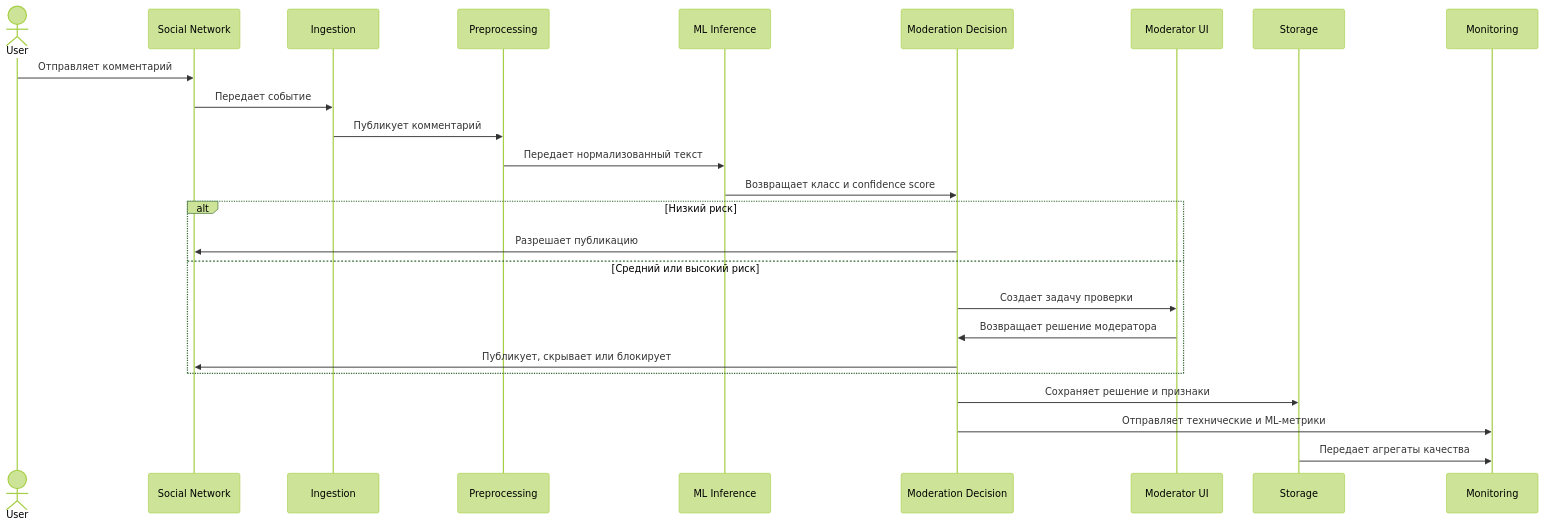
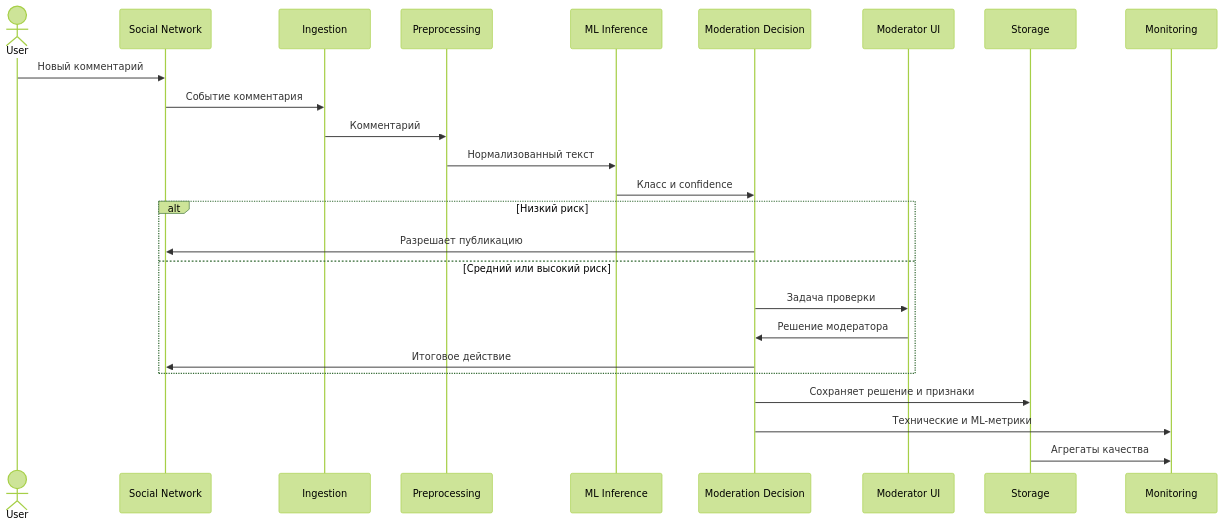
Before and after one commit to Alexander-Prel/priss: the diagram in diagrams/uml_sequence.md, drawn with Mermaid (forest theme). The commit also changed other lines of this file and 6 other files, not shown here.

Commit message:
Improve document flow and Mermaid diagrams

````diff
--- a/diagrams/uml_sequence.md
+++ b/diagrams/uml_sequence.md
@@ -5,28 +5,28 @@
 ```mermaid
 sequenceDiagram
     actor User
     participant SN as Social Network
     participant ING as Ingestion
     participant PRE as Preprocessing
     participant ML as ML Inference
     participant DEC as Moderation Decision
     participant UI as Moderator UI
     participant ST as Storage
     participant MON as Monitoring
 
-    User->>SN: Отправляет комментарий
-    SN->>ING: Передает событие
-    ING->>PRE: Публикует комментарий
-    PRE->>ML: Передает нормализованный текст
-    ML->>DEC: Возвращает класс и confidence score
+    User->>SN: Новый комментарий
+    SN->>ING: Событие комментария
+    ING->>PRE: Комментарий
+    PRE->>ML: Нормализованный текст
+    ML->>DEC: Класс и confidence
     alt Низкий риск
         DEC->>SN: Разрешает публикацию
     else Средний или высокий риск
-        DEC->>UI: Создает задачу проверки
-        UI->>DEC: Возвращает решение модератора
-        DEC->>SN: Публикует, скрывает или блокирует
+        DEC->>UI: Задача проверки
+        UI->>DEC: Решение модератора
+        DEC->>SN: Итоговое действие
     end
     DEC->>ST: Сохраняет решение и признаки
-    DEC->>MON: Отправляет технические и ML-метрики
-    ST->>MON: Передает агрегаты качества
+    DEC->>MON: Технические и ML-метрики
+    ST->>MON: Агрегаты качества
 ```
````
